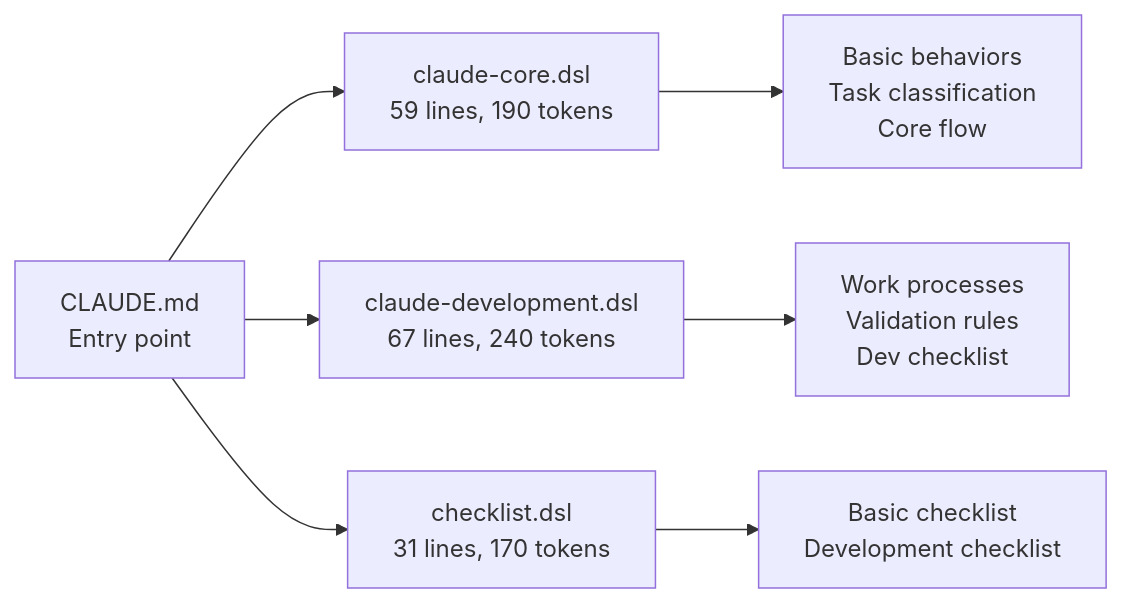
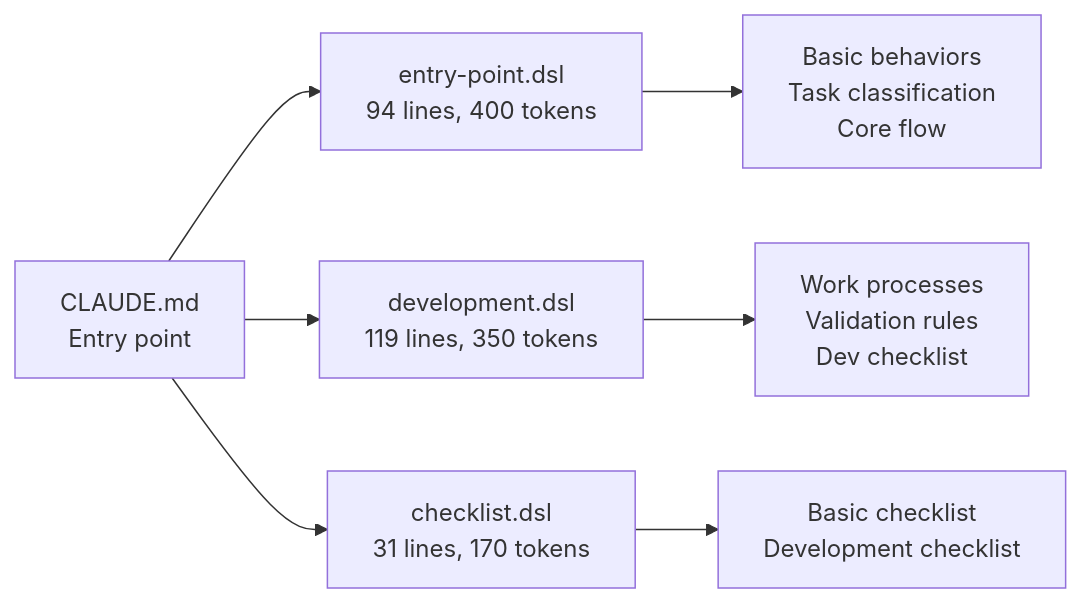
The fifth of 8 diagrams in dsl/FLOW.md (reivosar/claude-code-engineering-guide), drawn with Mermaid before and after one commit. The commit also changed other lines of this file and 1 other file, not shown here.

First line of the commit message:
UPDATE: Fix documentation to reflect DSL file renaming

````diff
--- a/dsl/FLOW.md
+++ b/dsl/FLOW.md
@@ -90,10 +90,10 @@
 ```mermaid
 graph LR
-    CLAUDE_Split[CLAUDE.md<br/>Entry point] --> Core[claude-core.dsl<br/>59 lines, 190 tokens]
-    CLAUDE_Split --> Dev_Split[claude-development.dsl<br/>67 lines, 240 tokens]
+    CLAUDE_Split[CLAUDE.md<br/>Entry point] --> Core[entry-point.dsl<br/>94 lines, 400 tokens]
+    CLAUDE_Split --> Dev_Split[development.dsl<br/>119 lines, 350 tokens]
     CLAUDE_Split --> Check[checklist.dsl<br/>31 lines, 170 tokens]
     
     Core --> CoreComp[Basic behaviors<br/>Task classification<br/>Core flow]
     Dev_Split --> DevComp[Work processes<br/>Validation rules<br/>Dev checklist]
     Check --> CheckComp[Basic checklist<br/>Development checklist]
 ```
````
